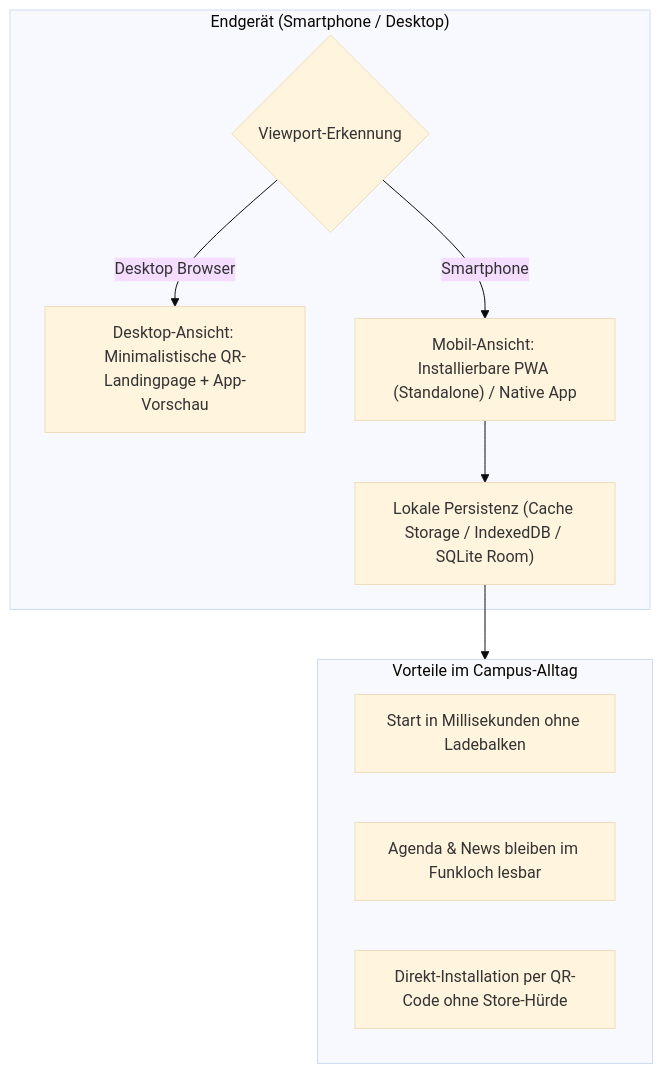
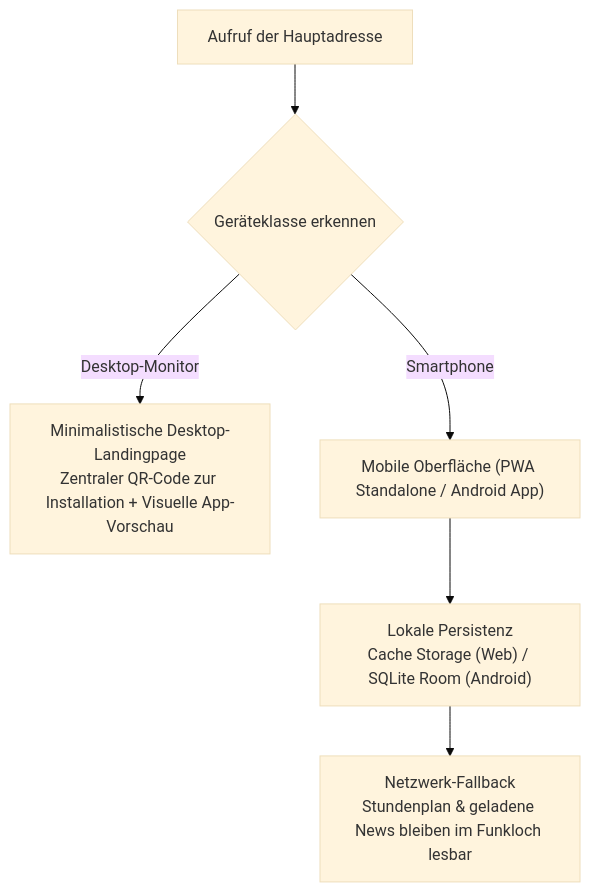
One commit to Pascal-Thommen/pascal-thommen.github.io changed the second of 2 diagrams in content/posts/upa-campus-app-architecture-part-4/index.de.md. Above: the diagram before and after it, drawn with Mermaid (base theme). The commit also changed other lines of this file and 25 other files, not shown here.

Commit message:
feat(series): greenfield rewrite of UPA Campus App series and language-aware navigation (#17)

````diff
--- a/content/posts/upa-campus-app-architecture-part-4/index.de.md
+++ b/content/posts/upa-campus-app-architecture-part-4/index.de.md
@@ -62,18 +56,8 @@
 ```mermaid
 flowchart TD
-    subgraph ClientLayer["Endgerät (Smartphone / Desktop)"]
-        Viewport{"Viewport-Erkennung"}
-        DesktopLanding["Desktop-Ansicht: Minimalistische QR-Landingpage + App-Vorschau"]
-        MobilePWA["Mobil-Ansicht: Installierbare PWA (Standalone) / Native App"]
-        LocalCache["Lokale Persistenz (Cache Storage / IndexedDB / SQLite Room)"]
-    end
-    subgraph OfflineFeatures["Vorteile im Campus-Alltag"]
-        InstantBoot["Start in Millisekunden ohne Ladebalken"]
-        OfflineRead["Agenda & News bleiben im Funkloch lesbar"]
-        ZeroFriction["Direkt-Installation per QR-Code ohne Store-Hürde"]
-    end
-    Viewport -->|Desktop Browser| DesktopLanding
-    Viewport -->|Smartphone| MobilePWA
-    MobilePWA --> LocalCache
-    LocalCache --> OfflineFeatures
+    Request["Aufruf der Hauptadresse"] --> Viewport{"Geräteklasse erkennen"}
+    Viewport -->|Desktop-Monitor| QRPage["Minimalistische Desktop-Landingpage\nZentraler QR-Code zur Installation + Visuelle App-Vorschau"]
+    Viewport -->|Smartphone| MobileUI["Mobile Oberfläche (PWA Standalone / Android App)"]
+    MobileUI --> OfflineStore["Lokale Persistenz\nCache Storage (Web) / SQLite Room (Android)"]
+    OfflineStore --> Fallback["Netzwerk-Fallback\nStundenplan & geladene News bleiben im Funkloch lesbar"]
 ```
````
